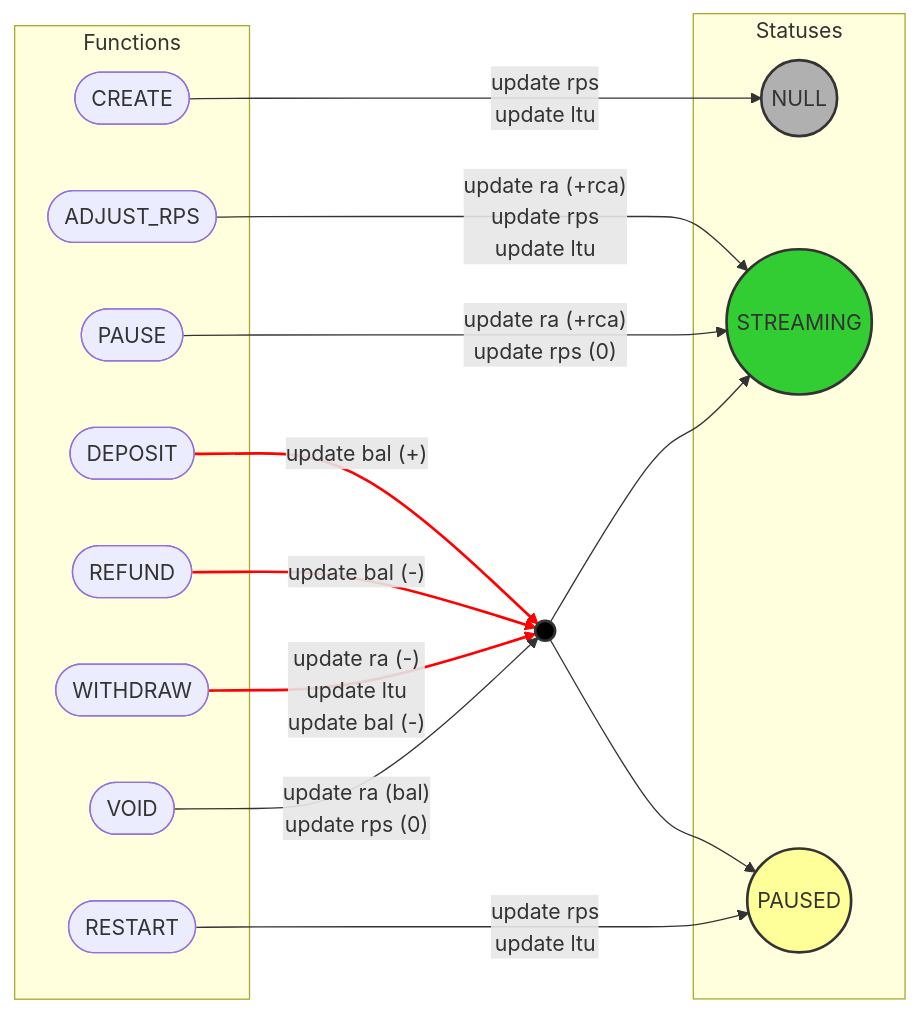
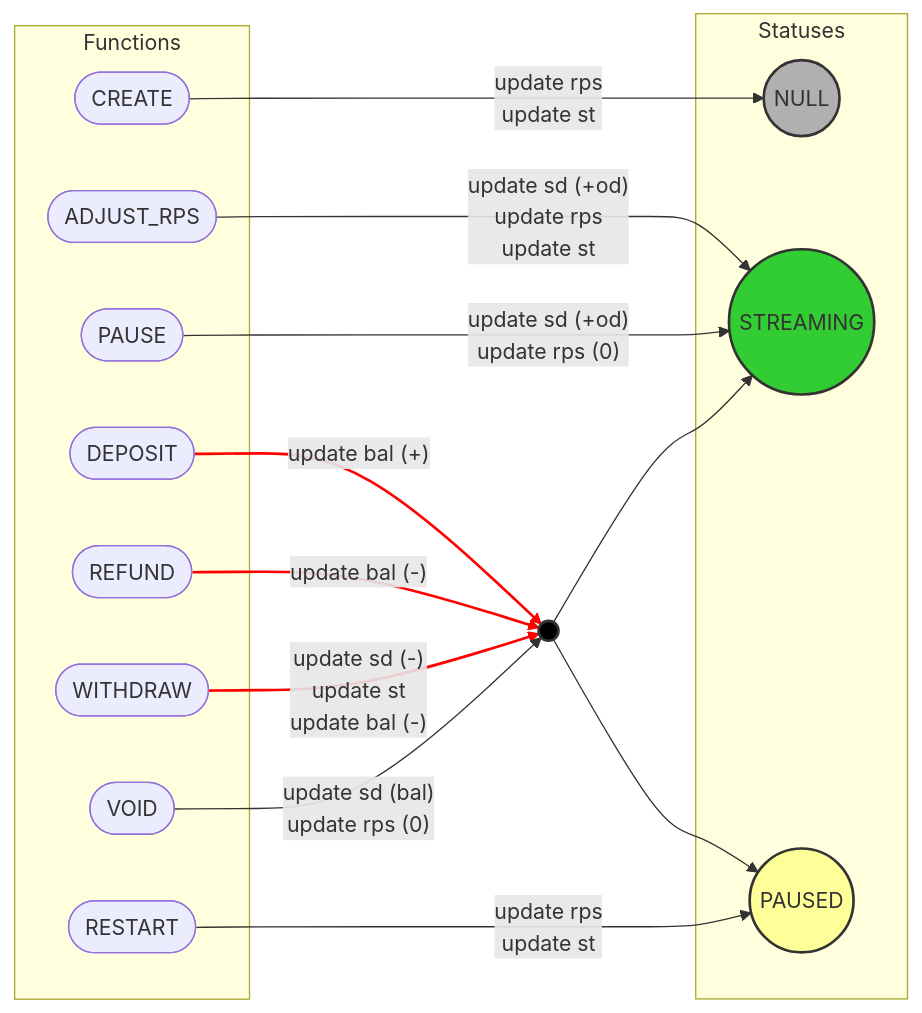
Before and after one commit to sablier-labs/lockup: the second of 8 diagrams in diagrams.md, drawn with Mermaid. The commit also changed other lines of this file and 94 other files, not shown here.

````diff
--- a/diagrams.md
+++ b/diagrams.md
@@ -71,46 +71,46 @@
 ```mermaid
 flowchart LR
     subgraph Statuses
         NULL((NULL)):::grey
         STR((STREAMING)):::green
         PSED((PAUSED)):::yellow
     end
 
 
     subgraph Functions
         CR([CREATE])
         ADJRPS([ADJUST_RPS])
         DP([DEPOSIT])
         WTD([WITHDRAW])
         RFD([REFUND])
         RST([RESTART])
         PS([PAUSE])
         VD([VOID])
     end
 
     BOTH((  )):::black
 
     classDef grey fill:#b0b0b0,stroke:#333,stroke-width:2px;
     classDef green fill:#32cd32,stroke:#333,stroke-width:2px;
     classDef yellow fill:#ffff99,stroke:#333,stroke-width:2px;
     classDef black fill:#000000,stroke:#333,stroke-width:2px;
 
-    CR -- "update rps\nupdate ltu" --> NULL
-    ADJRPS -- "update ra (+rca)\nupdate rps\nupdate ltu" -->  STR
+    CR -- "update rps\nupdate st" --> NULL
+    ADJRPS -- "update sd (+od)\nupdate rps\nupdate st" -->  STR
 
     DP -- "update bal (+)" --> BOTH
 
     RFD -- "update bal (-)" --> BOTH
 
-    WTD -- "update ra (-) \nupdate ltu\nupdate bal (-)" --> BOTH
+    WTD -- "update sd (-) \nupdate st\nupdate bal (-)" --> BOTH
 
-    VD -- "update ra (bal)\nupdate rps (0)" --> BOTH
+    VD -- "update sd (bal)\nupdate rps (0)" --> BOTH
 
-    PS -- "update ra (+rca)\nupdate rps (0)" --> STR
+    PS -- "update sd (+od)\nupdate rps (0)" --> STR
 
     BOTH --> STR & PSED
 
-    RST -- "update rps \nupdate ltu" --> PSED
+    RST -- "update rps \nupdate st" --> PSED
 
     linkStyle 2,3,4 stroke:#ff0000,stroke-width:2px
 ```
````
